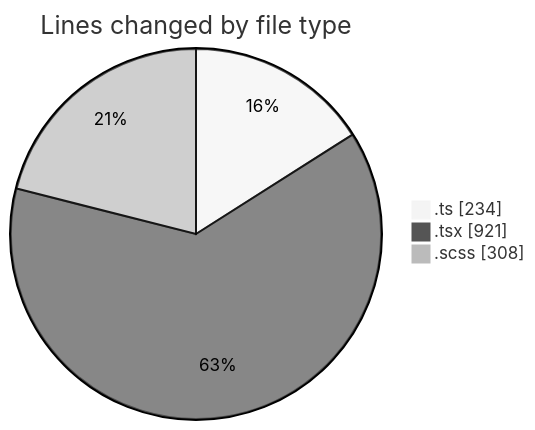
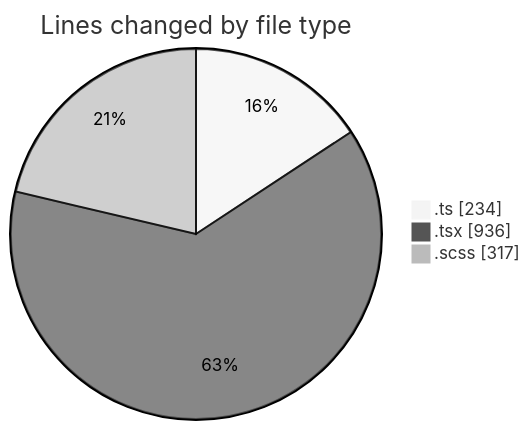
The first of 2 diagrams in 2025-05-01/cda/README.md (momahboobian/code-tracking), drawn with Mermaid (neutral theme) before and after one commit. The commit also changed other lines of this file and 1 other file, not shown here.

````diff
--- a/2025-05-01/cda/README.md
+++ b/2025-05-01/cda/README.md
@@ -28,7 +28,7 @@
 ```mermaid
 pie showData
 title Lines changed by file type
 ".ts" : 234
-".tsx" : 921
-".scss" : 308
+".tsx" : 936
+".scss" : 317
 ```
````
